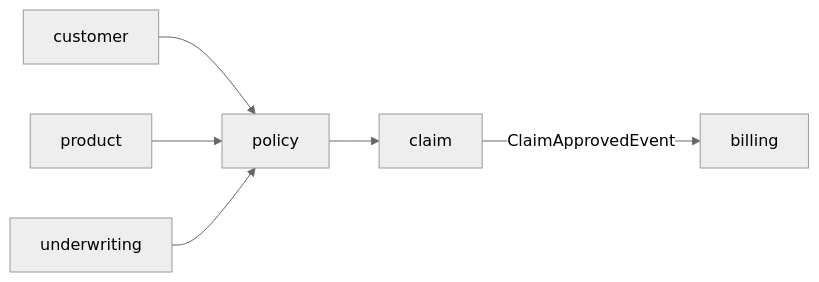
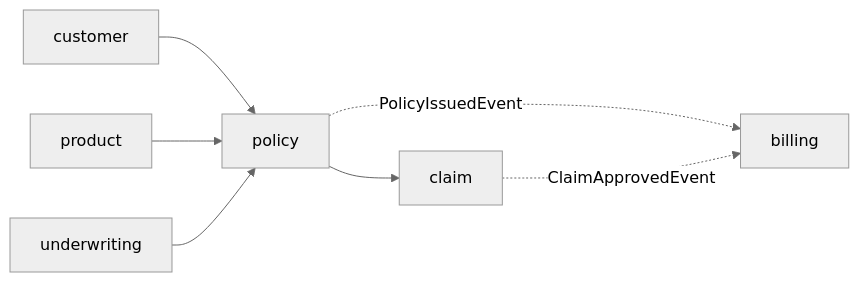
Before and after one commit to Hunark176/insurance-platform: the diagram in docs/architecture.md, drawn with Mermaid (neutral theme). The commit also changed other lines of this file and 10 other files, not shown here.

````diff
--- a/docs/architecture.md
+++ b/docs/architecture.md
@@ -7,8 +15,9 @@
 ```mermaid
 flowchart LR
   customer --> policy
   product --> policy
   underwriting --> policy
   policy --> claim
-  claim -- ClaimApprovedEvent --> billing
+  policy -. PolicyIssuedEvent .-> billing
+  claim -. ClaimApprovedEvent .-> billing
 ```
````
